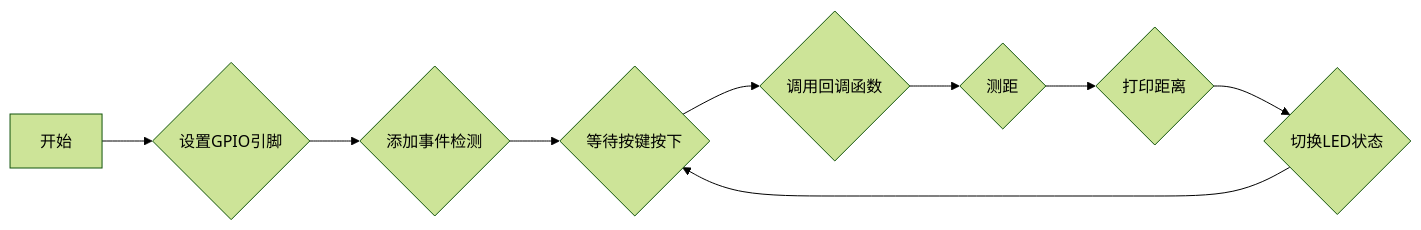
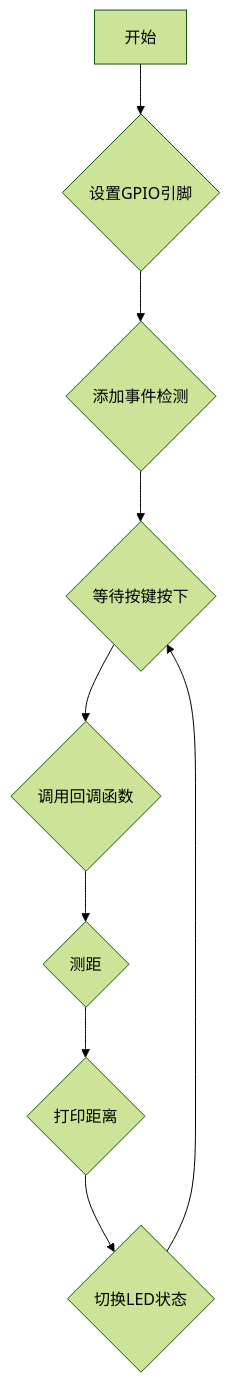
The diagram in docs/lab10.md (sergiudm/ee351-lab-reports), drawn with Mermaid (forest theme) before and after one commit. The commit also changed 8 other files, not shown here.

Commit message:
Update flowchart direction in lab documentation to improve clarity

````diff
--- a/docs/lab10.md
+++ b/docs/lab10.md
@@ -41,11 +41,11 @@
 ```mermaid
-graph LR
+graph TD
     A[开始] --> B{设置GPIO引脚}
     B --> C{添加事件检测}
     C --> D{等待按键按下}
     D --> E{调用回调函数}
     E --> F{测距}
     F --> G{打印距离}
     G --> H{切换LED状态}
     H --> D
 ```
````
